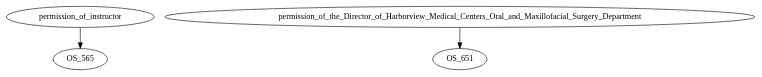
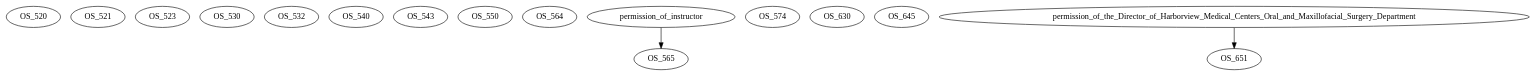
The diagram in graphviz/dot/os.dot (TxmszLou/uw-crsdep), drawn with Graphviz before and after one commit. The commit also changed 585 other files, not shown here.

```diff
--- a/graphviz/dot/os.dot
+++ b/graphviz/dot/os.dot
@@ -1,6 +1,18 @@
 digraph G {
+    OS_520;
+    OS_521;
+    OS_523;
+    OS_530;
+    OS_532;
+    OS_540;
+    OS_543;
+    OS_550;
+    OS_564;
     edge [color=black];
     permission_of_instructor -> OS_565;
+    OS_574;
+    OS_630;
+    OS_645;
     edge [color=black];
     permission_of_the_Director_of_Harborview_Medical_Centers_Oral_and_Maxillofacial_Surgery_Department -> OS_651;
 }
```
